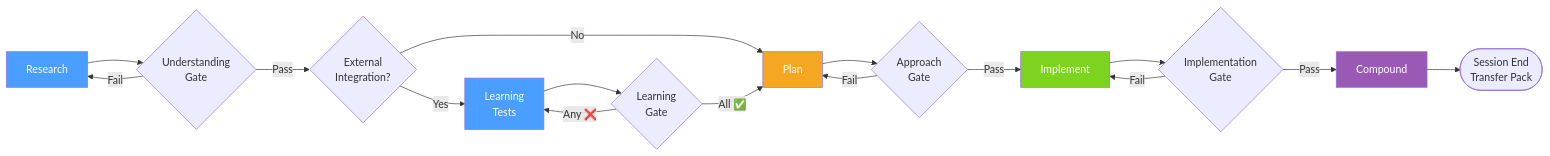
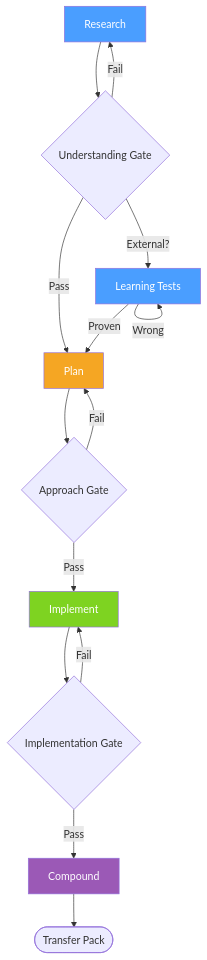
One commit to Alaslani/AI-Framework changed the diagram in docs/diagrams/fic-workflow.md. Above: the diagram before and after it, drawn with Mermaid. The commit also changed 7 other files, not shown here.

First line of the commit message:
fix(diagrams): simplify Mermaid diagrams for GitHub rendering

````diff
--- a/docs/diagrams/fic-workflow.md
+++ b/docs/diagrams/fic-workflow.md
@@ -5,29 +5,22 @@
 ```mermaid
-flowchart LR
-    R[Research] --> UG{Understanding\nGate}
-    UG -->|Pass| EXT{External\nIntegration?}
+flowchart TD
+    R[Research] --> UG{Understanding Gate}
+    UG -->|Pass| P[Plan]
     UG -->|Fail| R
-
-    EXT -->|Yes| LT[Learning\nTests]
-    EXT -->|No| P[Plan]
-
-    LT --> LG{Learning\nGate}
-    LG -->|All ✅| P
-    LG -->|Any ❌| LT
-
-    P --> AG{Approach\nGate}
+    UG -->|External?| LT[Learning Tests]
+    LT -->|Proven| P
+    LT -->|Wrong| LT
+    P --> AG{Approach Gate}
     AG -->|Pass| I[Implement]
     AG -->|Fail| P
-
-    I --> IG{Implementation\nGate}
+    I --> IG{Implementation Gate}
     IG -->|Pass| C[Compound]
     IG -->|Fail| I
-
-    C --> DONE([Session End\nTransfer Pack])
+    C --> DONE([Transfer Pack])
 
     style R fill:#4a9eff,color:#fff
     style LT fill:#4a9eff,color:#fff
     style P fill:#f5a623,color:#fff
     style I fill:#7ed321,color:#fff
     style C fill:#9b59b6,color:#fff
 ```
````
